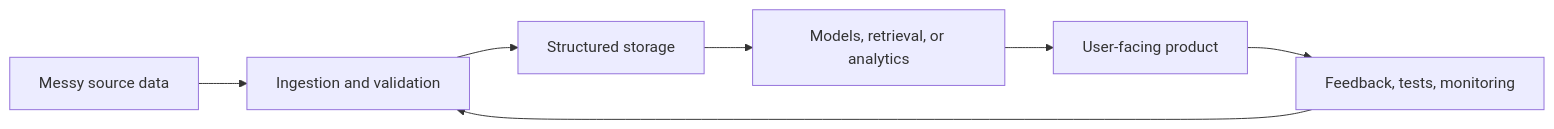
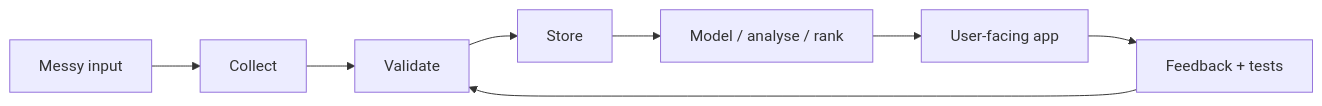
One commit to MatthewPaver/MatthewPaver changed the diagram in README.md. Above: the diagram before and after it, drawn with Mermaid. The commit also changed other lines of this file and 1 other file, not shown here.

````diff
--- a/README.md
+++ b/README.md
@@ -106,9 +74,10 @@
 ```mermaid
 flowchart LR
-    A["Messy source data"] --> B["Ingestion and validation"]
-    B --> C["Structured storage"]
-    C --> D["Models, retrieval, or analytics"]
-    D --> E["User-facing product"]
-    E --> F["Feedback, tests, monitoring"]
-    F --> B
+    A["Messy input"] --> B["Collect"]
+    B --> C["Validate"]
+    C --> D["Store"]
+    D --> E["Model / analyse / rank"]
+    E --> F["User-facing app"]
+    F --> G["Feedback + tests"]
+    G --> C
 ```
````
